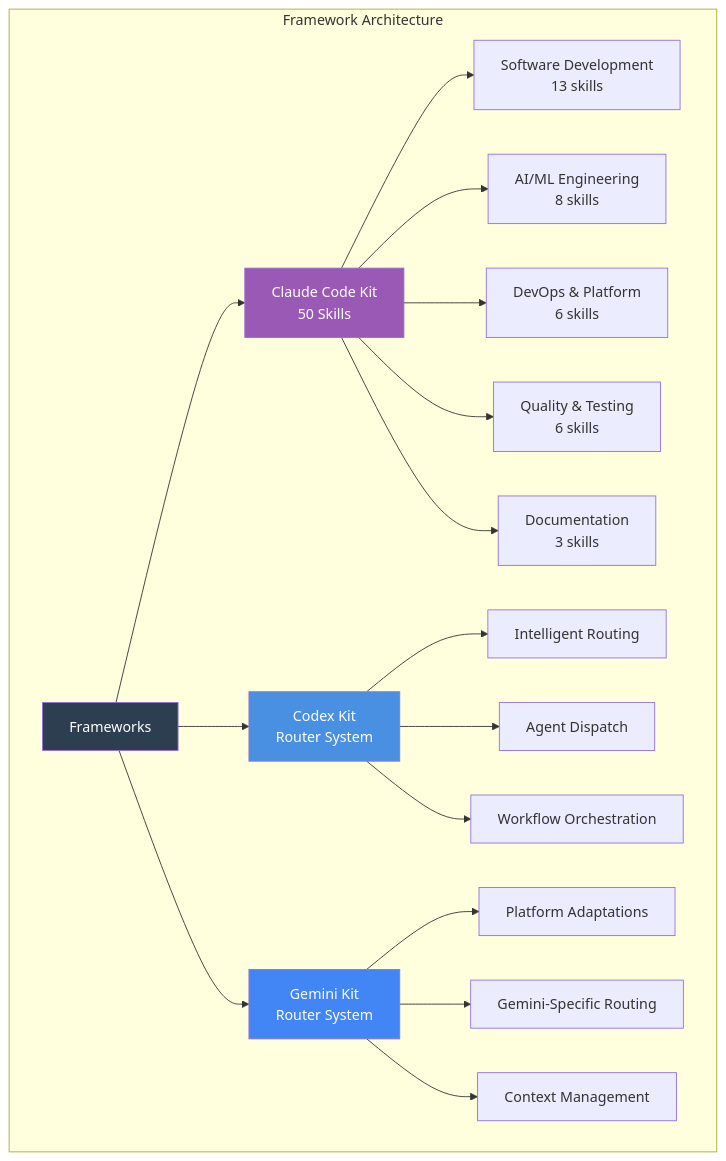
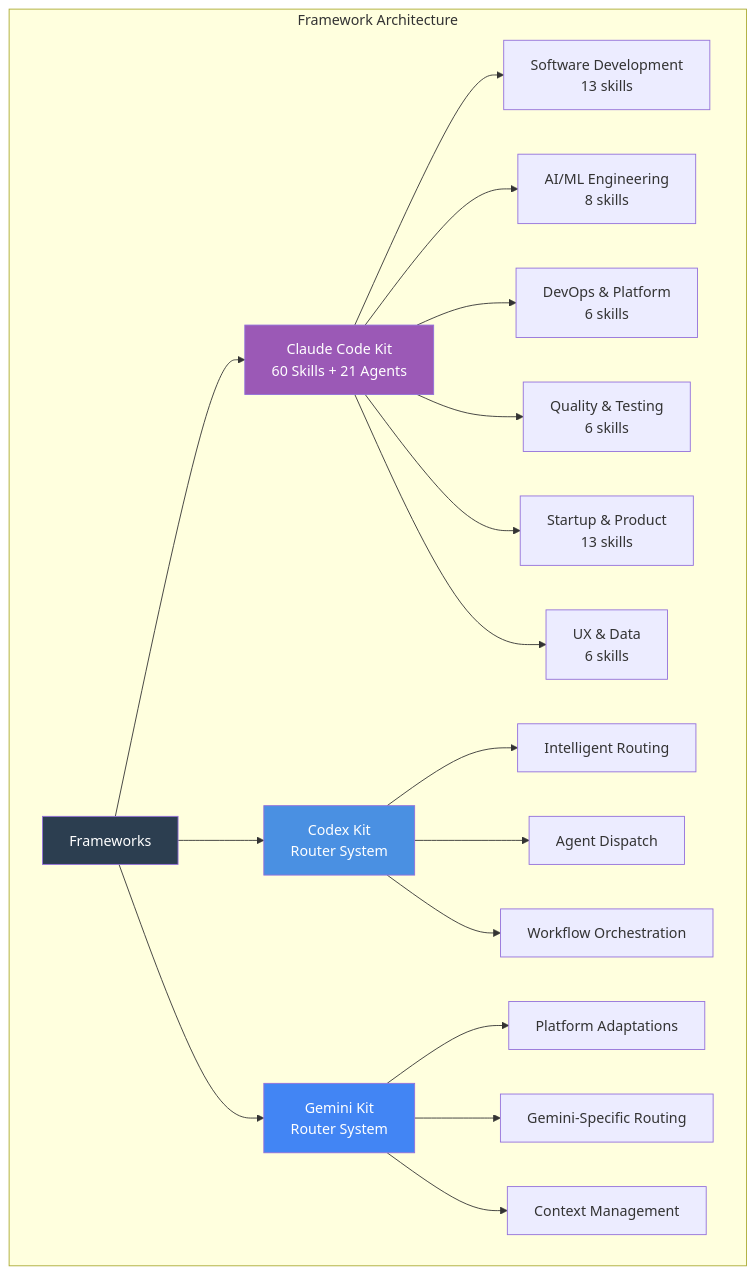
The first of 4 diagrams in frameworks/README.md (vasilyu1983/AI-Agents-public), drawn with Mermaid before and after one commit. The commit also changed other lines of this file and 11 other files, not shown here.

````diff
--- a/frameworks/README.md
+++ b/frameworks/README.md
@@ -9,27 +9,28 @@
 ```mermaid
 graph TB
     subgraph "Framework Architecture"
-        A[Frameworks] --> B[Claude Code Kit<br/>50 Skills]
+        A[Frameworks] --> B[Claude Code Kit<br/>60 Skills + 21 Agents]
         A --> C[Codex Kit<br/>Router System]
         A --> D[Gemini Kit<br/>Router System]
 
         B --> B1[Software Development<br/>13 skills]
         B --> B2[AI/ML Engineering<br/>8 skills]
         B --> B3[DevOps & Platform<br/>6 skills]
         B --> B4[Quality & Testing<br/>6 skills]
-        B --> B5[Documentation<br/>3 skills]
+        B --> B5[Startup & Product<br/>13 skills]
+        B --> B6[UX & Data<br/>6 skills]
 
         C --> C1[Intelligent Routing]
         C --> C2[Agent Dispatch]
         C --> C3[Workflow Orchestration]
 
         D --> D1[Platform Adaptations]
         D --> D2[Gemini-Specific Routing]
         D --> D3[Context Management]
     end
 
     style A fill:#2C3E50,color:#fff
     style B fill:#9B59B6,color:#fff
     style C fill:#4A90E2,color:#fff
     style D fill:#4285F4,color:#fff
 ```
````
